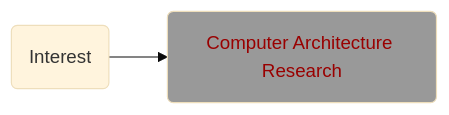
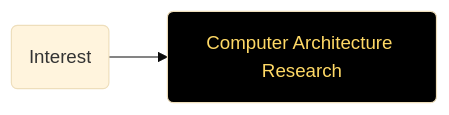
The second of 2 diagrams in README.md (codverch/codverch), drawn with Mermaid (base theme) before and after one commit.

````diff
--- a/README.md
+++ b/README.md
@@ -9,6 +9,6 @@
 ```mermaid
 flowchart LR
     id1(Interest)-->id2(Computer Architecture Research)
     style id1 fill:#5b
-    style id2 fill:#999999,color:#990000
+    style id2 fill:#000000,color:#ffd966
 ```
````
